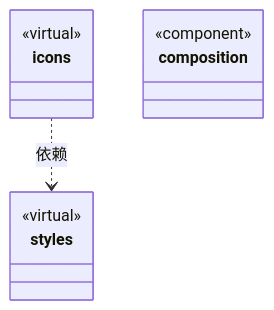
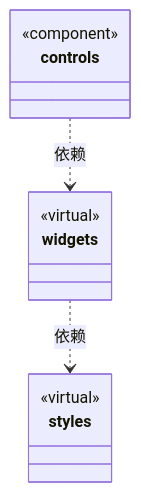
Before and after one commit to nan023062/cbim: the second of 2 diagrams in src/framework-ui/ARCHITECTURE.md, drawn with Mermaid. The commit also changed other lines of this file and 43 other files, not shown here.

````diff
--- a/src/framework-ui/ARCHITECTURE.md
+++ b/src/framework-ui/ARCHITECTURE.md
@@ -71,16 +69,17 @@
 ```mermaid
 classDiagram
+class N_bbfa01896bb3["widgets"] {
+  <<virtual>>
+}
+click N_bbfa01896bb3 href "widgets/ARCHITECTURE.md"
+class N_b168e4b82143["controls"] {
+  <<component>>
+}
+click N_b168e4b82143 href "controls.tsx"
 class N_a59843e9a435["styles"] {
   <<virtual>>
 }
 click N_a59843e9a435 href "styles/ARCHITECTURE.md"
-class N_3db91ab854e7["icons"] {
-  <<virtual>>
-}
-click N_3db91ab854e7 href "icons/ARCHITECTURE.md"
-class N_dfa48aac2ad8["composition"] {
-  <<component>>
-}
-click N_dfa48aac2ad8 href "composition.tsx"
-N_3db91ab854e7 ..> N_a59843e9a435 : 依赖
+N_b168e4b82143 ..> N_bbfa01896bb3 : 依赖
+N_bbfa01896bb3 ..> N_a59843e9a435 : 依赖
 ```
````
